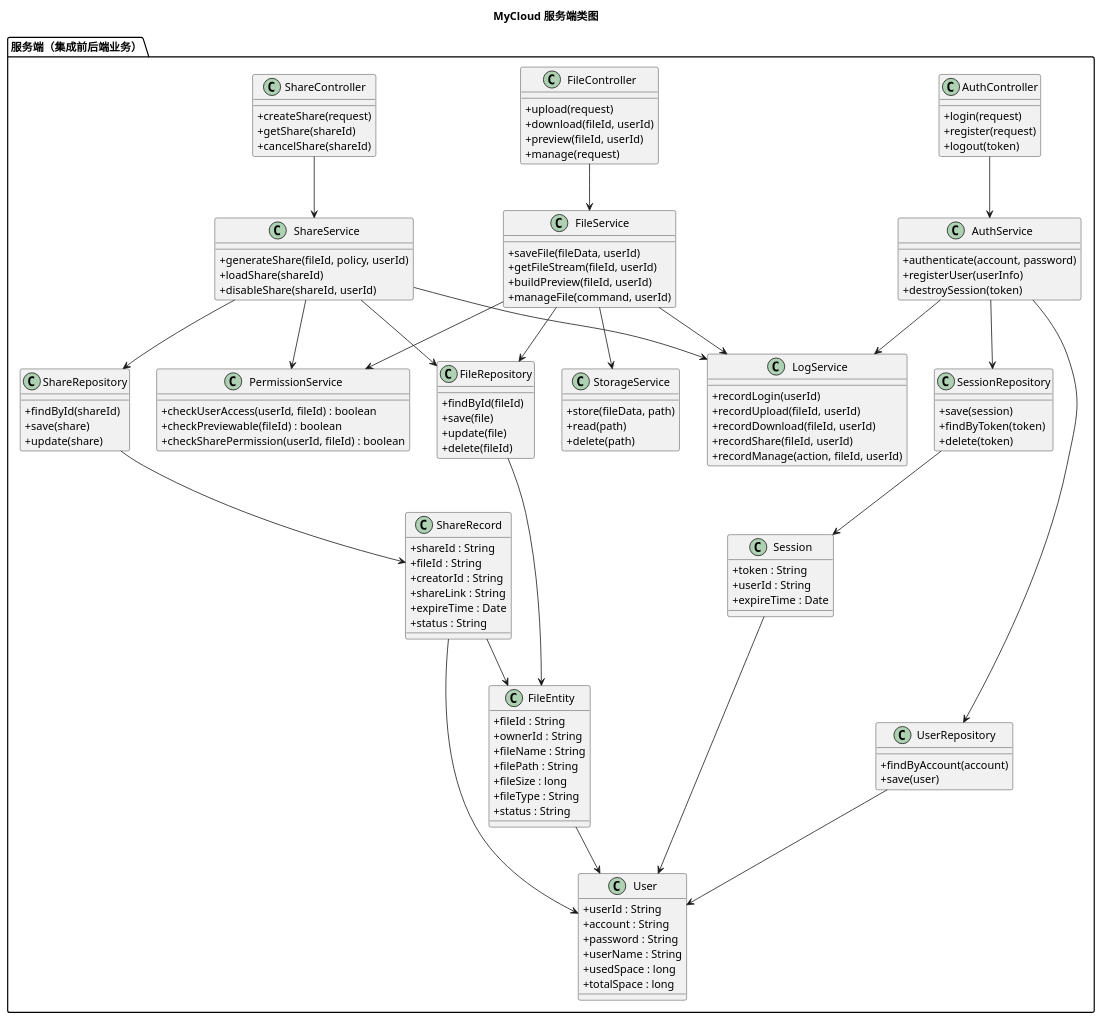
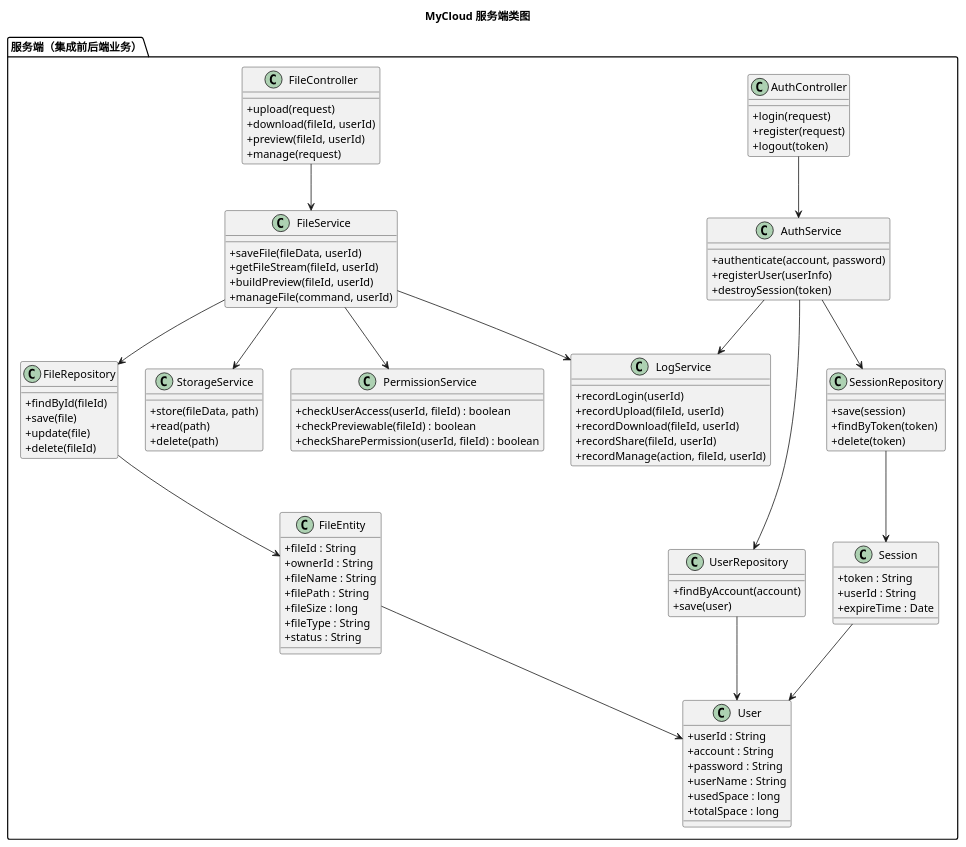
The diagram in 服务端类图.puml (CNGM222/mycloud), drawn with PlantUML before and after one commit. The commit also changed 321 other files, not shown here.

```diff
--- a/服务端类图.puml
+++ b/服务端类图.puml
@@ -1,152 +1,118 @@
 @startuml
 title MyCloud 服务端类图
 
 skinparam classAttributeIconSize 0
 
 package "服务端（集成前后端业务）" {
   class AuthController {
     +login(request)
     +register(request)
     +logout(token)
   }
 
   class FileController {
     +upload(request)
     +download(fileId, userId)
     +preview(fileId, userId)
     +manage(request)
   }
 
-  class ShareController {
-    +createShare(request)
-    +getShare(shareId)
-    +cancelShare(shareId)
-  }
-
   class AuthService {
     +authenticate(account, password)
     +registerUser(userInfo)
     +destroySession(token)
   }
 
   class FileService {
     +saveFile(fileData, userId)
     +getFileStream(fileId, userId)
     +buildPreview(fileId, userId)
     +manageFile(command, userId)
-  }
-
-  class ShareService {
-    +generateShare(fileId, policy, userId)
-    +loadShare(shareId)
-    +disableShare(shareId, userId)
   }
 
   class PermissionService {
     +checkUserAccess(userId, fileId) : boolean
     +checkPreviewable(fileId) : boolean
     +checkSharePermission(userId, fileId) : boolean
   }
 
   class StorageService {
     +store(fileData, path)
     +read(path)
     +delete(path)
   }
 
   class LogService {
     +recordLogin(userId)
     +recordUpload(fileId, userId)
     +recordDownload(fileId, userId)
     +recordShare(fileId, userId)
     +recordManage(action, fileId, userId)
   }
 
   class UserRepository {
     +findByAccount(account)
     +save(user)
   }
 
   class FileRepository {
     +findById(fileId)
     +save(file)
     +update(file)
     +delete(fileId)
   }
 
-  class ShareRepository {
-    +findById(shareId)
-    +save(share)
-    +update(share)
-  }
 
   class SessionRepository {
     +save(session)
     +findByToken(token)
     +delete(token)
   }
 
   class User {
     +userId : String
     +account : String
     +password : String
     +userName : String
     +usedSpace : long
     +totalSpace : long
   }
 
   class FileEntity {
     +fileId : String
     +ownerId : String
     +fileName : String
     +filePath : String
     +fileSize : long
     +fileType : String
     +status : String
   }
 
-  class ShareRecord {
-    +shareId : String
-    +fileId : String
-    +creatorId : String
-    +shareLink : String
-    +expireTime : Date
-    +status : String
-  }
-
   class Session {
     +token : String
     +userId : String
     +expireTime : Date
   }
 }
 
 AuthController --> AuthService
 FileController --> FileService
-ShareController --> ShareService
 
 AuthService --> UserRepository
 AuthService --> SessionRepository
 AuthService --> LogService
 
 FileService --> FileRepository
 FileService --> StorageService
 FileService --> PermissionService
 FileService --> LogService
 
-ShareService --> ShareRepository
-ShareService --> FileRepository
-ShareService --> PermissionService
-ShareService --> LogService
 
 UserRepository --> User
 FileRepository --> FileEntity
-ShareRepository --> ShareRecord
 SessionRepository --> Session
 
 FileEntity --> User
-ShareRecord --> FileEntity
-ShareRecord --> User
 Session --> User
 
 @enduml
```
